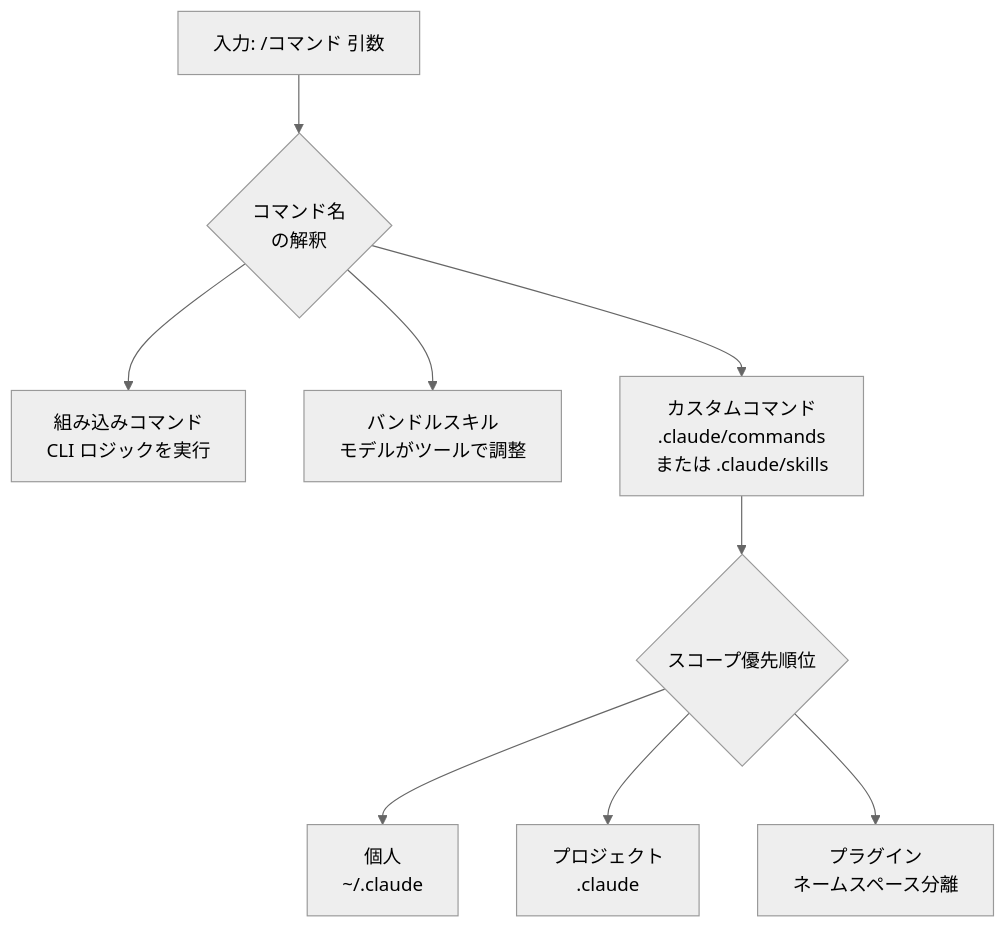
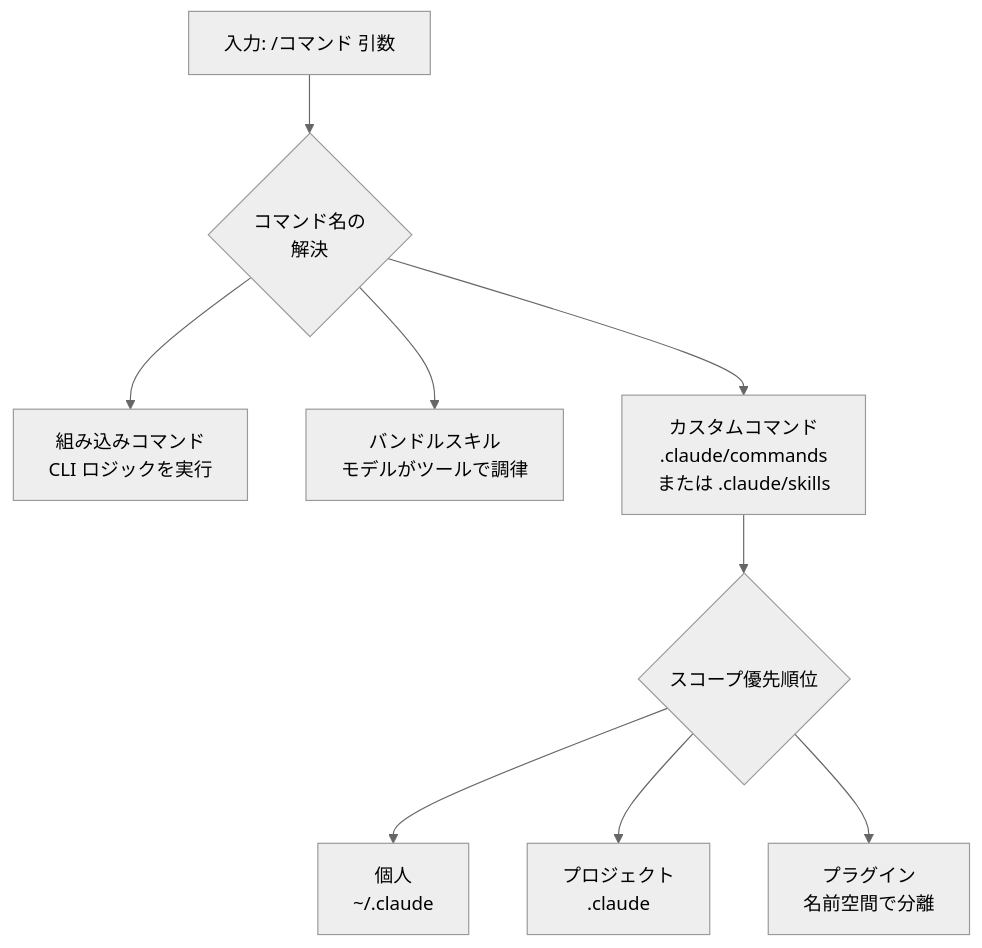
Before and after one commit to modu-ai/moai-adk: the diagram in docs-site/content/ja/claude-code/foundations/commands.md, drawn with Mermaid (neutral theme). The commit also changed other lines of this file and 395 other files, not shown here.

````diff
--- a/docs-site/content/ja/claude-code/foundations/commands.md
+++ b/docs-site/content/ja/claude-code/foundations/commands.md
@@ -159,11 +159,11 @@
 ```mermaid
 flowchart TD
-    A["入力: /コマンド 引数"] --> B{"コマンド名<br/>の解釈"}
+    A["入力: /コマンド 引数"] --> B{"コマンド名の<br/>解決"}
     B --> C["組み込みコマンド<br/>CLI ロジックを実行"]
-    B --> D["バンドルスキル<br/>モデルがツールで調整"]
+    B --> D["バンドルスキル<br/>モデルがツールで調律"]
     B --> E["カスタムコマンド<br/>.claude/commands<br/>または .claude/skills"]
     E --> F{"スコープ優先順位"}
     F --> G["個人<br/>~/.claude"]
     F --> H["プロジェクト<br/>.claude"]
-    F --> I["プラグイン<br/>ネームスペース分離"]
+    F --> I["プラグイン<br/>名前空間で分離"]
 ```
````
